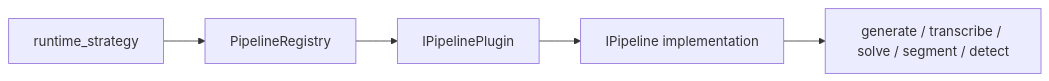
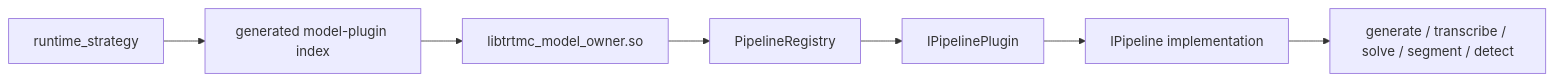
One commit to AbishekCoder1/TensorRT-Model-Connect changed the second of 2 diagrams in website/docs/tutorials/beginner/inspect-bundles.md. Above: the diagram before and after it, drawn with Mermaid. The commit also changed other lines of this file and 83 other files, not shown here.

````diff
--- a/website/docs/tutorials/beginner/inspect-bundles.md
+++ b/website/docs/tutorials/beginner/inspect-bundles.md
@@ -108,7 +135,9 @@
 ```mermaid
 flowchart LR
-  Strategy["runtime_strategy"] --> Registry["PipelineRegistry"]
+  Strategy["runtime_strategy"] --> Index["generated model-plugin index"]
+  Index --> DSO["libtrtmc_model_owner.so"]
+  DSO --> Registry["PipelineRegistry"]
   Registry --> Plugin["IPipelinePlugin"]
   Plugin --> Pipeline["IPipeline implementation"]
   Pipeline --> Method["generate / transcribe / solve / segment / detect"]
 ```
````
